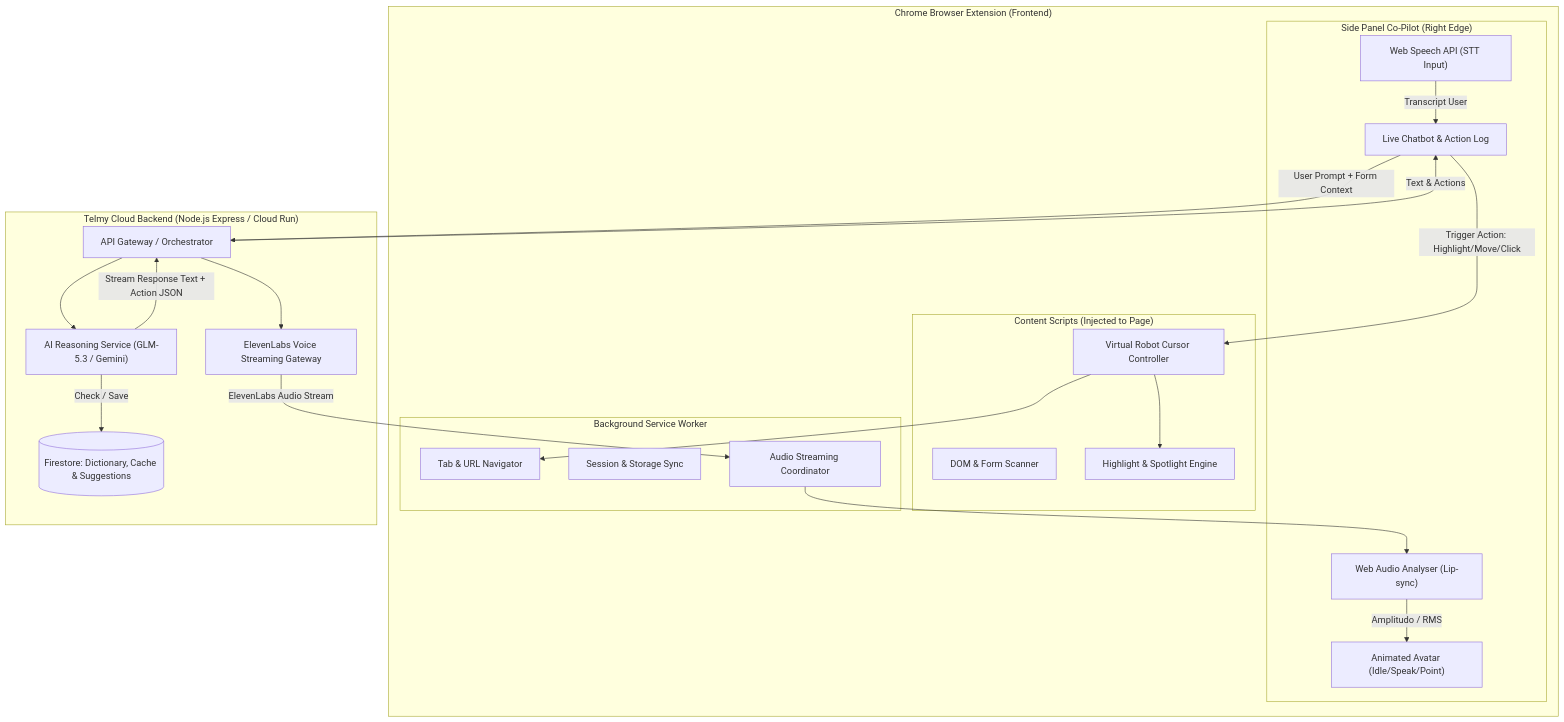
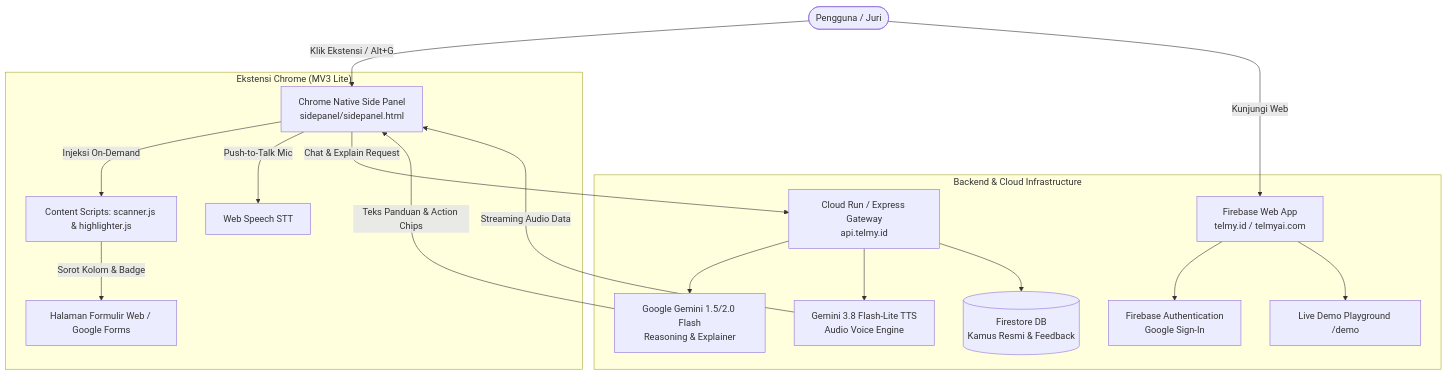
Before and after one commit to arfabi/telmy.ai: the diagram in PRD_ AI Form Explainer.md, drawn with Mermaid. The commit also changed other lines of this file and 3 other files, not shown here.

````diff
--- a/PRD_ AI Form Explainer.md
+++ b/PRD_ AI Form Explainer.md
@@ -135,45 +94,26 @@
 ```mermaid
-flowchart TB
-    subgraph Browser ["Chrome Browser Extension (Frontend)"]
-        subgraph InPage ["Content Scripts (Injected to Page)"]
-            Scanner["DOM & Form Scanner"]
-            Highlighter["Highlight & Spotlight Engine"]
-            RobotCursor["Virtual Robot Cursor Controller"]
-        end
+graph TD
+    User([Pengguna / Juri]) -->|Klik Ekstensi / Alt+G| SidePanel[Chrome Native Side Panel<br/>sidepanel/sidepanel.html]
+    User -->|Kunjungi Web| WebApp[Firebase Web App<br/>telmy.id / telmyai.com]
 
-        subgraph SidePanel ["Side Panel Co-Pilot (Right Edge)"]
-            ChatStream["Live Chatbot & Action Log"]
-            Avatar["Animated Avatar (Idle/Speak/Point)"]
-            AudioAnalyzer["Web Audio Analyser (Lip-sync)"]
-            SpeechRecog["Web Speech API (STT Input)"]
-        end
-
-        subgraph Background ["Background Service Worker"]
-            NavManager["Tab & URL Navigator"]
-            StateSync["Session & Storage Sync"]
-            AudioRelay["Audio Streaming Coordinator"]
-        end
+    subgraph ChromeExtension ["Ekstensi Chrome (MV3 Lite)"]
+        SidePanel -->|Injeksi On-Demand| ContentScripts[Content Scripts: scanner.js & highlighter.js]
+        SidePanel -->|Push-to-Talk Mic| SpeechRecog[Web Speech STT]
+        ContentScripts -->|Sorot Kolom & Badge| TargetForm[Halaman Formulir Web / Google Forms]
     end
 
-    subgraph Backend ["Telmy Cloud Backend (Node.js Express / Cloud Run)"]
-        Router["API Gateway / Orchestrator"]
-        AIService["AI Reasoning Service (GLM-5.3 / Gemini)"]
-        VoiceService["ElevenLabs Voice Streaming Gateway"]
-        FirestoreDB[("Firestore: Dictionary, Cache & Suggestions")]
+    subgraph FirebaseCloud ["Backend & Cloud Infrastructure"]
+        WebApp --> Auth[Firebase Authentication<br/>Google Sign-In]
+        WebApp --> WebDemo[Live Demo Playground /demo]
+        
+        APIGateway[Cloud Run / Express Gateway<br/>api.telmy.id]
+        SidePanel -->|Chat & Explain Request| APIGateway
+        
+        APIGateway --> GeminiLLM[Google Gemini 1.5/2.0 Flash<br/>Reasoning & Explainer]
+        APIGateway --> GeminiTTS[Gemini 3.8 Flash-Lite TTS<br/>Audio Voice Engine]
+        APIGateway --> Firestore[(Firestore DB<br/>Kamus Resmi & Feedback)]
     end
 
-    %% Interactions
-    SpeechRecog -->|Transcript User| ChatStream
-    ChatStream -->|User Prompt + Form Context| Router
-    Router --> AIService
-    AIService -->|Check / Save| FirestoreDB
-    AIService -->|Stream Response Text + Action JSON| Router
-    Router -->|Text & Actions| ChatStream
-    Router --> VoiceService
-    VoiceService -->|ElevenLabs Audio Stream| AudioRelay
-    AudioRelay --> AudioAnalyzer
-    AudioAnalyzer -->|Amplitudo / RMS| Avatar
-    ChatStream -->|Trigger Action: Highlight/Move/Click| RobotCursor
-    RobotCursor --> Highlighter
-    RobotCursor --> NavManager
+    GeminiTTS -->|Streaming Audio Data| SidePanel
+    GeminiLLM -->|Teks Panduan & Action Chips| SidePanel
 ```
````
